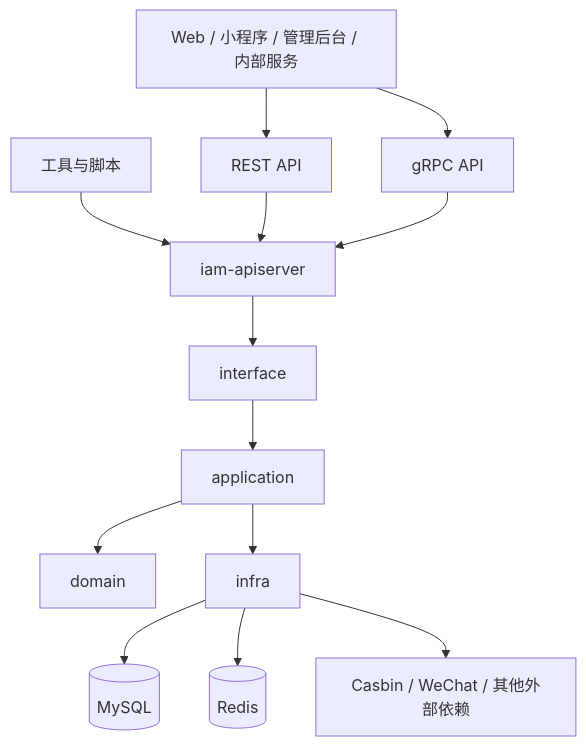
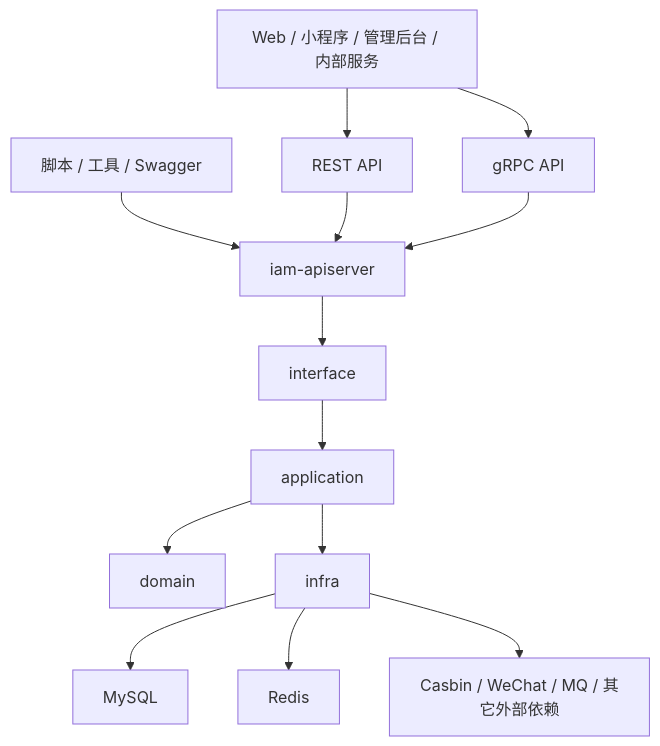
One commit to FangcunMount/iam-contracts changed the first of 4 diagrams in docs/00-概览/01-系统架构总览.md. Above: the diagram before and after it, drawn with Mermaid. The commit also changed other lines of this file and 24 other files, not shown here.

````diff
--- a/docs/00-概览/01-系统架构总览.md
+++ b/docs/00-概览/01-系统架构总览.md
@@ -52,26 +46,26 @@
 ```mermaid
 flowchart TB
-    Client[Web / 小程序 / 管理后台 / 内部服务]
-    Rest[REST API]
-    Grpc[gRPC API]
-    Tool[工具与脚本]
-    App[iam-apiserver]
-    Interface[interface]
-    Application[application]
-    Domain[domain]
-    Infra[infra]
-    MySQL[(MySQL)]
-    Redis[(Redis)]
-    External[Casbin / WeChat / 其他外部依赖]
+    Client["Web / 小程序 / 管理后台 / 内部服务"]
+    REST["REST API"]
+    GRPC["gRPC API"]
+    Tool["脚本 / 工具 / Swagger"]
+    App["iam-apiserver"]
+    Interface["interface"]
+    Application["application"]
+    Domain["domain"]
+    Infra["infra"]
+    MySQL["MySQL"]
+    Redis["Redis"]
+    External["Casbin / WeChat / MQ / 其它外部依赖"]
 
-    Client --> Rest
-    Client --> Grpc
+    Client --> REST
+    Client --> GRPC
     Tool --> App
-    Rest --> App
-    Grpc --> App
+    REST --> App
+    GRPC --> App
     App --> Interface --> Application --> Domain
     Application --> Infra
     Infra --> MySQL
     Infra --> Redis
     Infra --> External
 ```
````
